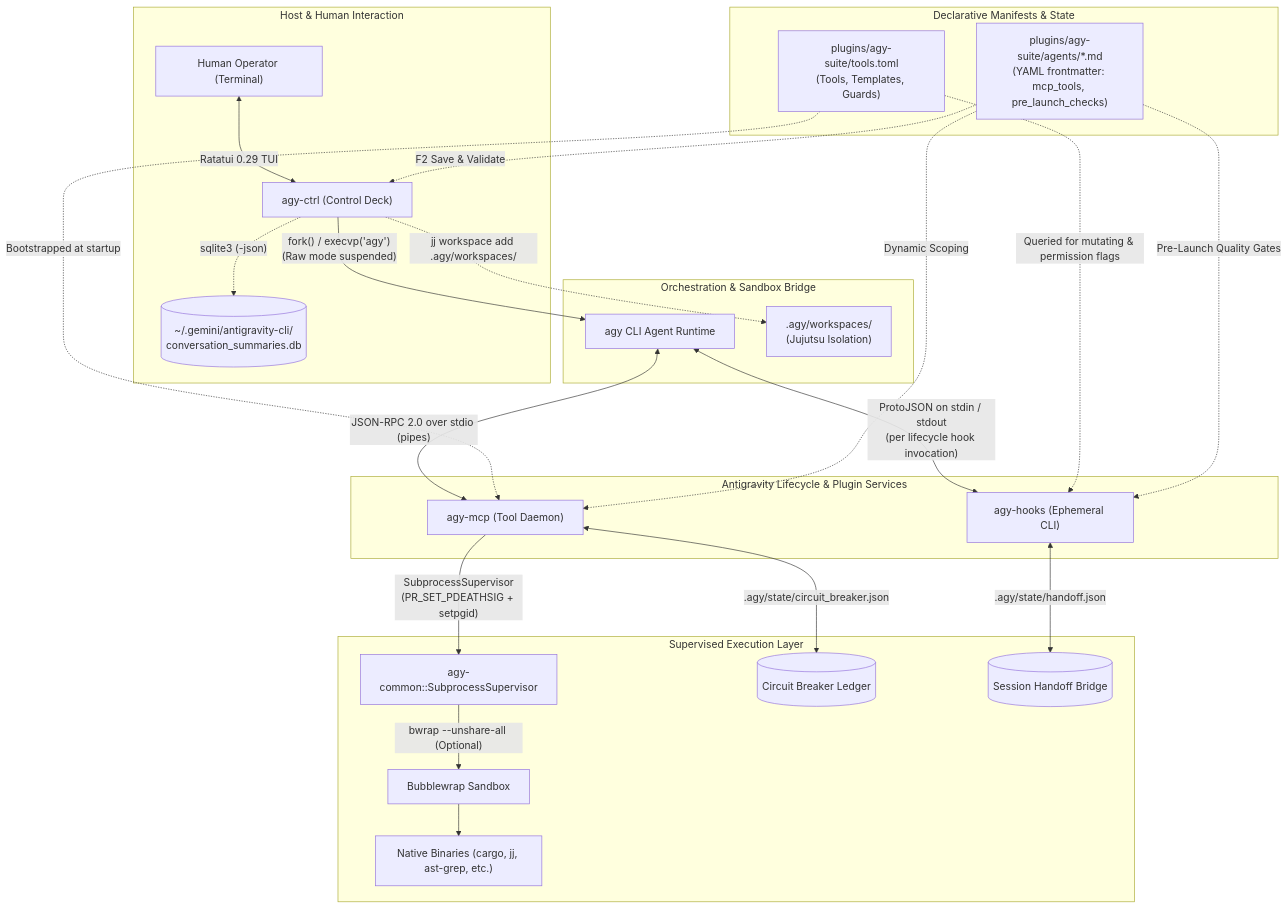
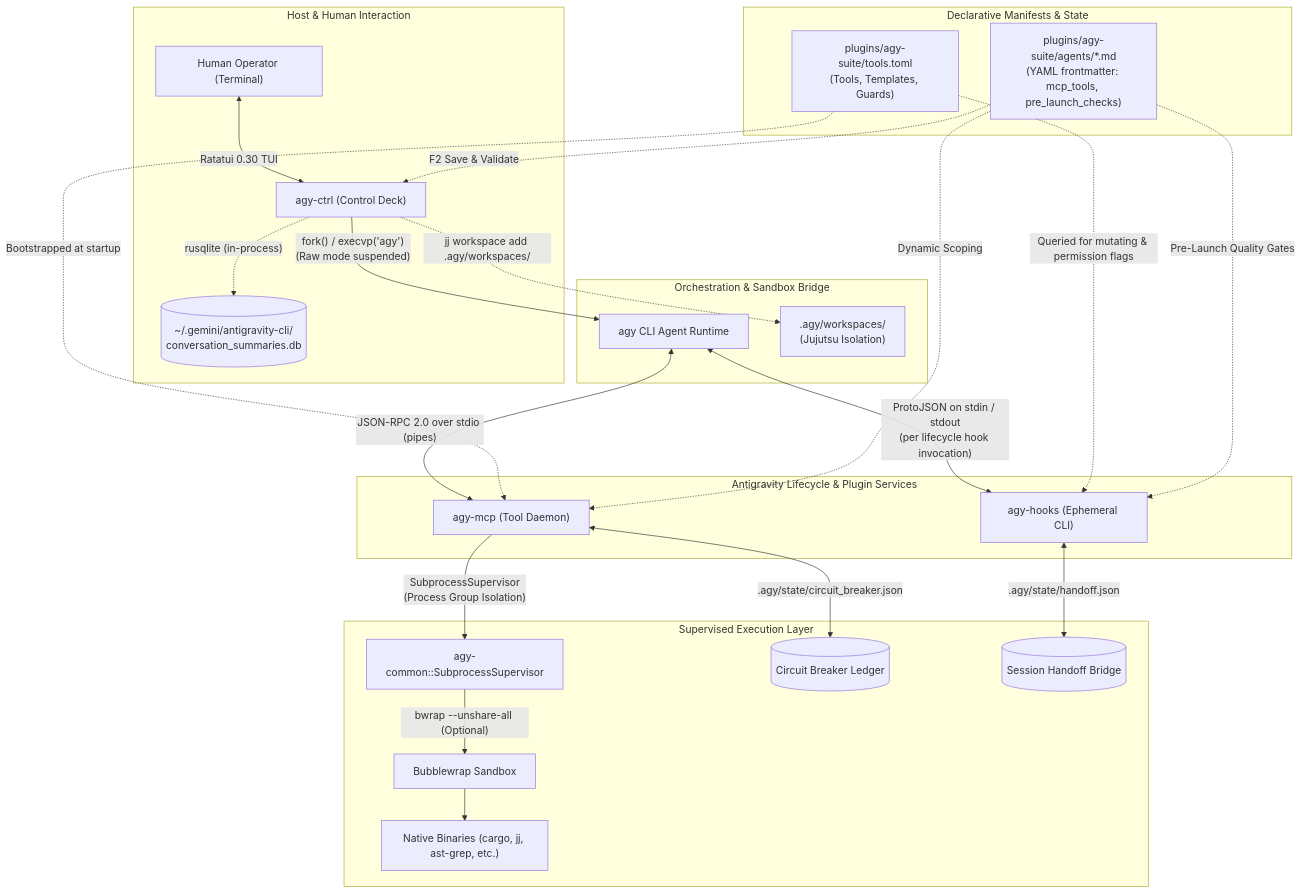
One commit to JeronimoCapelle/TorqKage changed the diagram in README.md. Above: the diagram before and after it, drawn with Mermaid. The commit also changed other lines of this file and 27 other files, not shown here.

````diff
--- a/README.md
+++ b/README.md
@@ -68,33 +68,33 @@
 ```mermaid
 flowchart TD
     subgraph Host ["Host & Human Interaction"]
-        Operator["Human Operator (Terminal)"] <-->|"Ratatui 0.29 TUI"| Ctrl["agy-ctrl (Control Deck)"]
-        Ctrl -.->|"sqlite3 (-json)"| SQLite[("~/.gemini/antigravity-cli/\nconversation_summaries.db")]
+        Operator["Human Operator (Terminal)"] <-->|"Ratatui 0.30 TUI"| Ctrl["agy-ctrl (Control Deck)"]
+        Ctrl -.->|"rusqlite (in-process)"| SQLite[("~/.gemini/antigravity-cli/\nconversation_summaries.db")]
     end
 
     subgraph RuntimeBridge ["Orchestration & Sandbox Bridge"]
         Ctrl -->|"fork() / execvp('agy')\n(Raw mode suspended)"| AgyCLI["agy CLI Agent Runtime"]
         Ctrl -.->|"jj workspace add .agy/workspaces/<agent>"| JJWorkspaces[".agy/workspaces/<agent>\n(Jujutsu Isolation)"]
     end
 
     subgraph PluginServices ["Antigravity Lifecycle & Plugin Services"]
         AgyCLI <-->|"JSON-RPC 2.0 over stdio (pipes)"| MCPDaemon["agy-mcp (Tool Daemon)"]
         AgyCLI <-->|"ProtoJSON on stdin / stdout\n(per lifecycle hook invocation)"| HooksRunner["agy-hooks (Ephemeral CLI)"]
     end
 
     subgraph DeclarativeState ["Declarative Manifests & State"]
         ToolsTOML["plugins/agy-suite/tools.toml\n(Tools, Templates, Guards)"] -.->|"Bootstrapped at startup"| MCPDaemon
         ToolsTOML -.->|"Queried for mutating & permission flags"| HooksRunner
         AgentMD["plugins/agy-suite/agents/*.md\n(YAML frontmatter: mcp_tools, pre_launch_checks)"] -.->|"Dynamic Scoping"| MCPDaemon
         AgentMD -.->|"Pre-Launch Quality Gates"| HooksRunner
         AgentMD -.->|"F2 Save & Validate"| Ctrl
     end
 
     subgraph ExecutionLayer ["Supervised Execution Layer"]
-        MCPDaemon -->|"SubprocessSupervisor\n(PR_SET_PDEATHSIG + setpgid)"| Supervisor["agy-common::SubprocessSupervisor"]
+        MCPDaemon -->|"SubprocessSupervisor\n(Process Group Isolation)"| Supervisor["agy-common::SubprocessSupervisor"]
         Supervisor -->|"bwrap --unshare-all (Optional)"| BwrapJail["Bubblewrap Sandbox"]
         BwrapJail --> NativeTools["Native Binaries (cargo, jj, ast-grep, etc.)"]
         MCPDaemon <-->|".agy/state/circuit_breaker.json"| CircuitBreaker[("Circuit Breaker Ledger")]
         HooksRunner <-->|".agy/state/handoff.json"| HandoffState[("Session Handoff Bridge")]
     end
 ```
````
